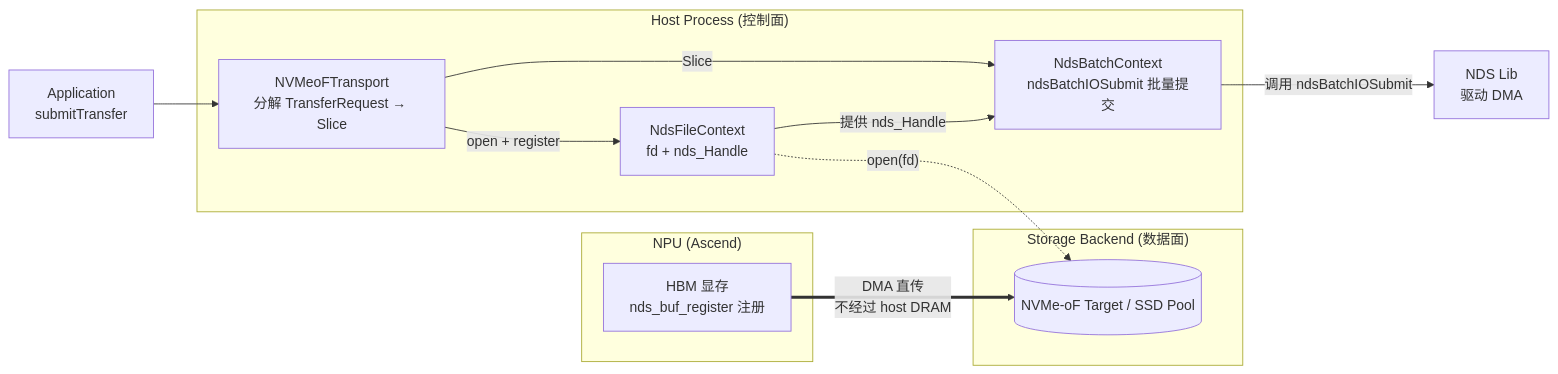
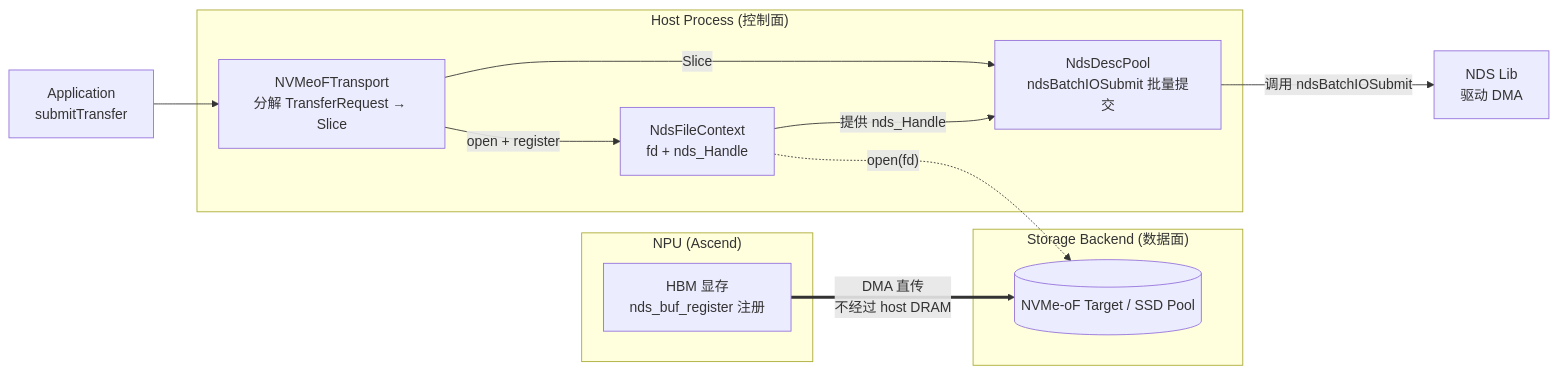
One commit to yz53665/Mooncake changed diagram 16 of 17 in docs/rfc-nds-nvmeof-transport-cn.md. Above: the diagram before and after it, drawn with Mermaid. The commit also changed other lines of this file, not shown here.

````diff
--- a/docs/rfc-nds-nvmeof-transport-cn.md
+++ b/docs/rfc-nds-nvmeof-transport-cn.md
@@ -700,22 +705,22 @@
 ```mermaid
 flowchart LR
     subgraph NPU["NPU (Ascend)"]
         HBM[HBM 显存<br/>nds_buf_register 注册]
     end
     subgraph Host["Host Process (控制面)"]
         NVT[NVMeoFTransport<br/>分解 TransferRequest → Slice]
-        NdsBatch[NdsBatchContext<br/>ndsBatchIOSubmit 批量提交]
+        NdsBatch[NdsDescPool<br/>ndsBatchIOSubmit 批量提交]
         Ctx[NdsFileContext<br/>fd + nds_Handle]
     end
     subgraph Backend["Storage Backend (数据面)"]
         NVME[(NVMe-oF Target / SSD Pool)]
     end
 
     App[Application<br/>submitTransfer] --> NVT
     NVT -->|Slice| NdsBatch
     NVT -->|open + register| Ctx
     Ctx -->|提供 nds_Handle| NdsBatch
     Ctx -. open(fd) .-> NVME
     NdsBatch -->|调用 ndsBatchIOSubmit| NDS_API[NDS Lib<br/>驱动 DMA]
     HBM ==>|DMA 直传<br/>不经过 host DRAM| NVME
 ```
````
